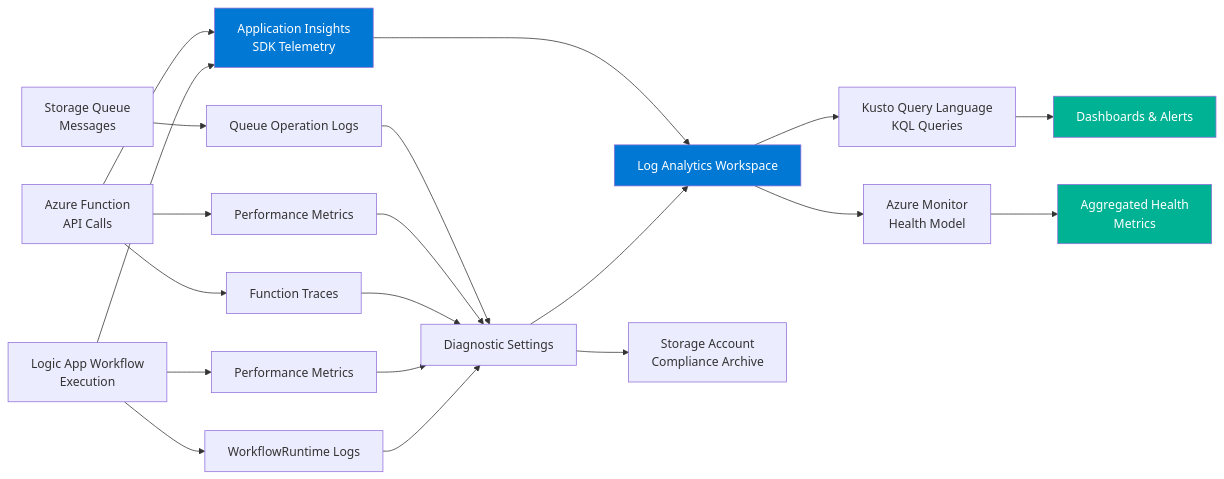
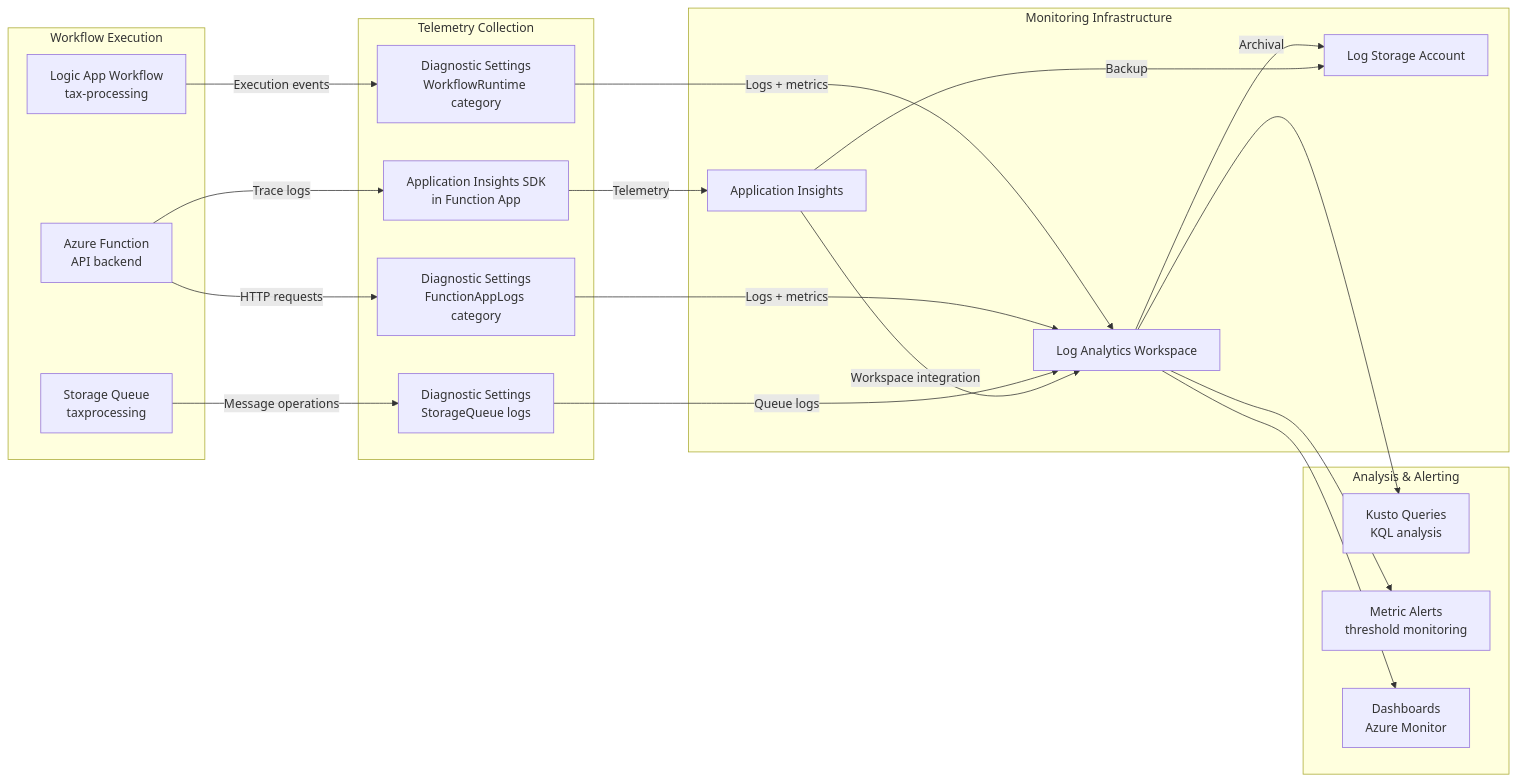
One commit to Evilazaro/Azure-LogicApps-Monitoring changed the second of 2 diagrams in README.md. Above: the diagram before and after it, drawn with Mermaid. The commit also changed other lines of this file, not shown here.

Commit message:
Implement code changes to enhance functionality and improve performance

````diff
--- a/README.md
+++ b/README.md
@@ -164,34 +141,45 @@
 ```mermaid
 flowchart LR
-    A[Logic App Workflow<br/>Execution] --> B[WorkflowRuntime Logs]
-    A --> C[Performance Metrics]
+    subgraph "Workflow Execution"
+        WF[Logic App Workflow<br/>tax-processing]
+        FN[Azure Function<br/>API backend]
+        SQ[Storage Queue<br/>taxprocessing]
+    end
     
-    D[Azure Function<br/>API Calls] --> E[Function Traces]
-    D --> F[Performance Metrics]
+    subgraph "Telemetry Collection"
+        DS1[Diagnostic Settings<br/>WorkflowRuntime category]
+        DS2[Diagnostic Settings<br/>FunctionAppLogs category]
+        DS3[Diagnostic Settings<br/>StorageQueue logs]
+        AISDK[Application Insights SDK<br/>in Function App]
+    end
     
-    G[Storage Queue<br/>Messages] --> H[Queue Operation Logs]
+    subgraph "Monitoring Infrastructure"
+        LAW[Log Analytics Workspace]
+        AI[Application Insights]
+        SA[Log Storage Account]
+    end
     
-    B --> I[Diagnostic Settings]
-    C --> I
-    E --> I
-    F --> I
-    H --> I
+    subgraph "Analysis & Alerting"
+        KQL[Kusto Queries<br/>KQL analysis]
+        ALT[Metric Alerts<br/>threshold monitoring]
+        DB[Dashboards<br/>Azure Monitor]
+    end
     
-    I --> J[Log Analytics Workspace]
-    I --> K[Storage Account<br/>Compliance Archive]
+    WF -->|Execution events| DS1
+    FN -->|Trace logs| AISDK
+    FN -->|HTTP requests| DS2
+    SQ -->|Message operations| DS3
     
-    A --> L[Application Insights<br/>SDK Telemetry]
-    D --> L
-    L --> J
+    DS1 -->|Logs + metrics| LAW
+    DS2 -->|Logs + metrics| LAW
+    DS3 -->|Queue logs| LAW
+    AISDK -->|Telemetry| AI
     
-    J --> M[Kusto Query Language<br/>KQL Queries]
-    M --> N[Dashboards & Alerts]
+    AI -->|Workspace integration| LAW
+    LAW -->|Archival| SA
+    AI -->|Backup| SA
     
-    J --> O[Azure Monitor<br/>Health Model]
-    O --> P[Aggregated Health<br/>Metrics]
-    
-    style J fill:#0078D4,color:#fff
-    style L fill:#0078D4,color:#fff
-    style N fill:#00B294,color:#fff
-    style P fill:#00B294,color:#fff
+    LAW --> KQL
+    LAW --> ALT
+    LAW --> DB
 ```
````
